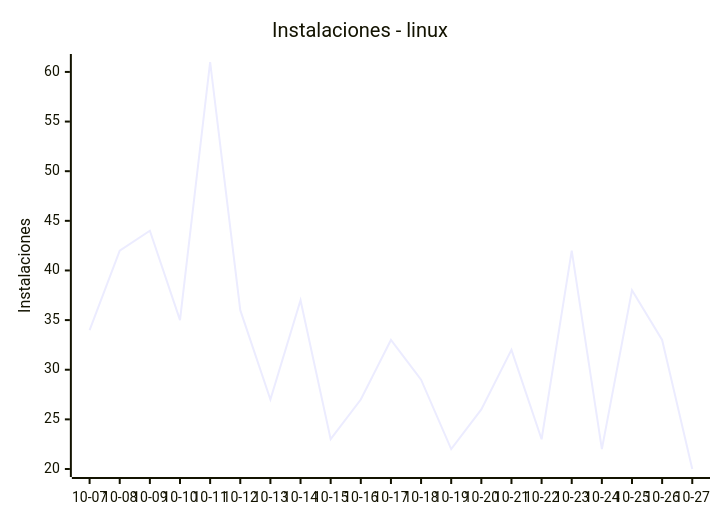
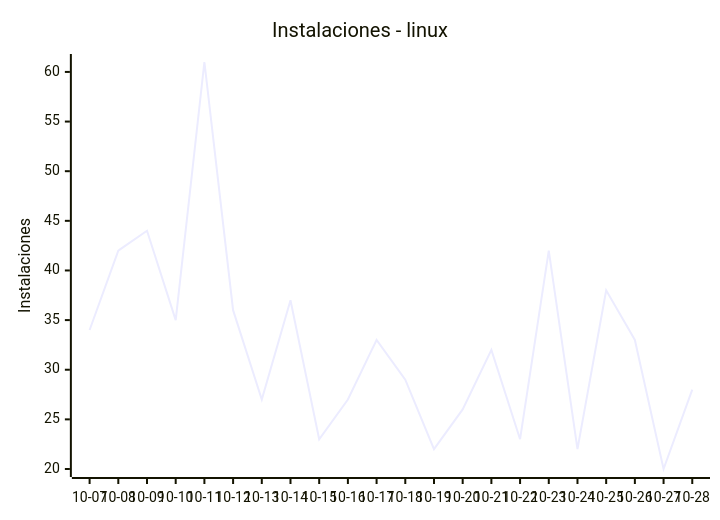
One commit to EmuDeck/stats changed the fifth of 9 diagrams in README.md. Above: the diagram before and after it, drawn with Mermaid. The commit also changed other lines of this file and 2 other files, not shown here.

````diff
--- a/README.md
+++ b/README.md
@@ -60,7 +60,7 @@
 ```mermaid
 xychart-beta
     title "Instalaciones - linux"
-    x-axis ["10-07", "10-08", "10-09", "10-10", "10-11", "10-12", "10-13", "10-14", "10-15", "10-16", "10-17", "10-18", "10-19", "10-20", "10-21", "10-22", "10-23", "10-24", "10-25", "10-26", "10-27"]
+    x-axis ["10-07", "10-08", "10-09", "10-10", "10-11", "10-12", "10-13", "10-14", "10-15", "10-16", "10-17", "10-18", "10-19", "10-20", "10-21", "10-22", "10-23", "10-24", "10-25", "10-26", "10-27", "10-28"]
     y-axis "Instalaciones"
-    line [34, 42, 44, 35, 61, 36, 27, 37, 23, 27, 33, 29, 22, 26, 32, 23, 42, 22, 38, 33, 20]
+    line [34, 42, 44, 35, 61, 36, 27, 37, 23, 27, 33, 29, 22, 26, 32, 23, 42, 22, 38, 33, 20, 28]
 ```
````
